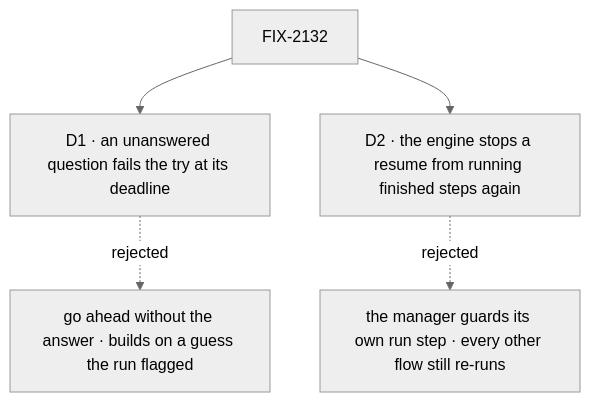
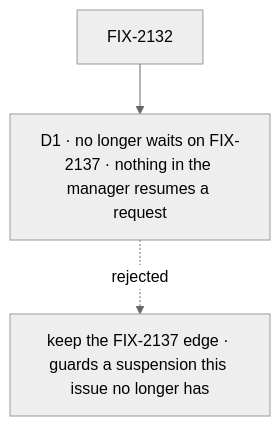
The diagram in specs/issues/FIX-2132/DECISIONS.md (fixpoint-labs/flow-state-dev), drawn with Mermaid (neutral theme) before and after one commit. The commit also changed other lines of this file and 5 other files, not shown here.

First line of the commit message:
spec(FIX-2132): re-spec on the epic amendment — a coding run's question holds its task

````diff
--- a/specs/issues/FIX-2132/DECISIONS.md
+++ b/specs/issues/FIX-2132/DECISIONS.md
@@ -11,7 +13,5 @@
 ```mermaid
 flowchart TD
-  I["FIX-2132"] --> D1["D1 · an unanswered question fails the try at its deadline"]
-  D1 -.->|"rejected"| X1["go ahead without the answer · builds on a guess the run flagged"]
-  I --> D2["D2 · the engine stops a resume from running finished steps again"]
-  D2 -.->|"rejected"| X2["the manager guards its own run step · every other flow still re-runs"]
+  I["FIX-2132"] --> D1["D1 · no longer waits on FIX-2137 · nothing in the manager resumes a request"]
+  D1 -.->|"rejected"| X1["keep the FIX-2137 edge · guards a suspension this issue no longer has"]
 ```
````
